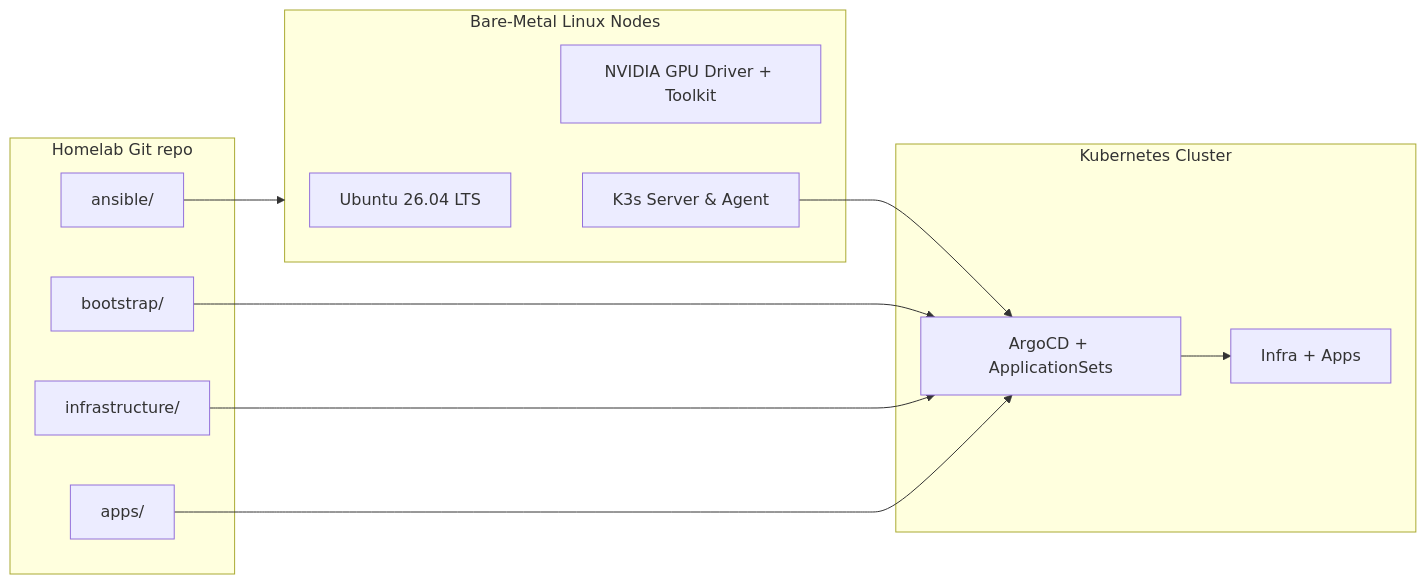
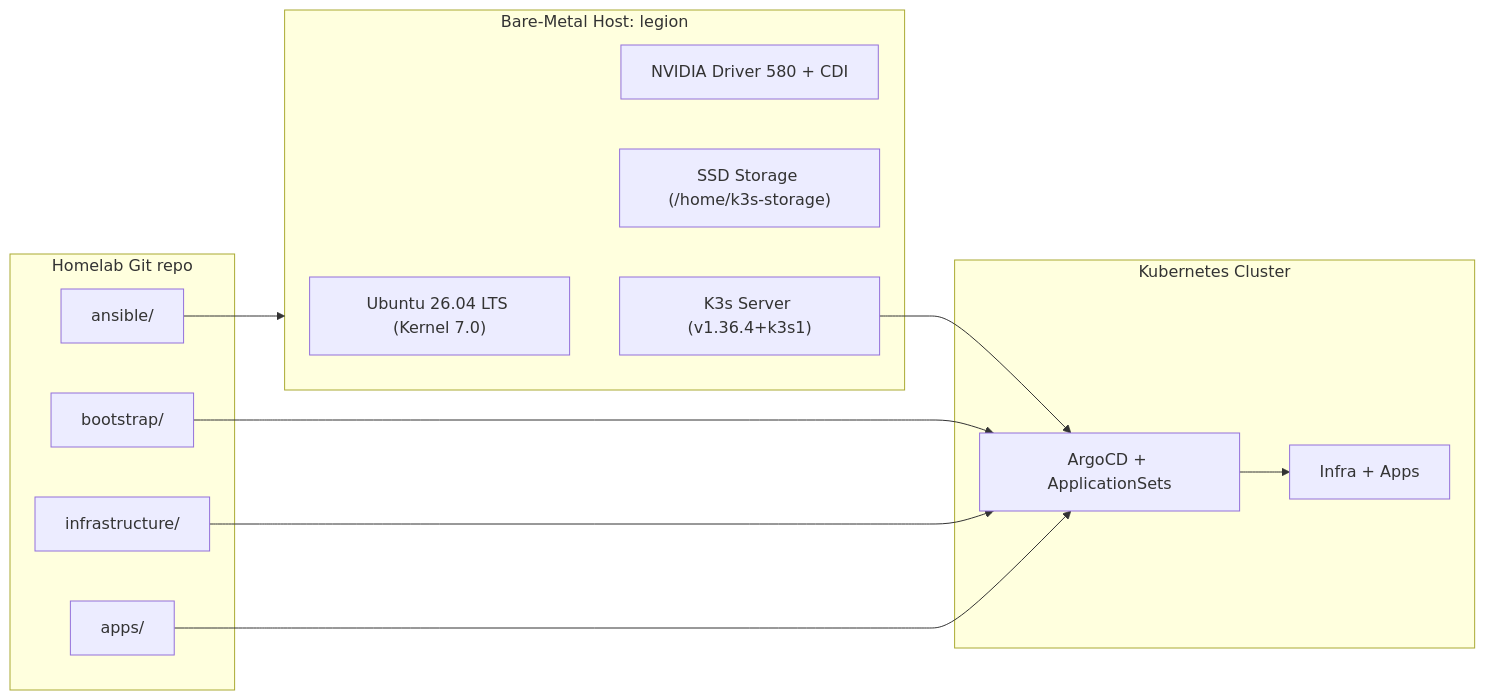
One commit to nsudhanva/homelab changed the first of 4 diagrams in README.md. Above: the diagram before and after it, drawn with Mermaid. The commit also changed other lines of this file and 40 other files, not shown here.

Commit message:
refactor: complete K3s bare-metal GitOps migration and docs alignment

````diff
--- a/README.md
+++ b/README.md
@@ -46,28 +49,29 @@
 ```mermaid
 flowchart LR
   subgraph Repo["Homelab Git repo"]
     Ansible["ansible/"]
     Bootstrap["bootstrap/"]
     Infra["infrastructure/"]
     Apps["apps/"]
   end
 
-  subgraph Host["Bare-Metal Linux Nodes"]
-    OS["Ubuntu 26.04 LTS"]
-    GPU["NVIDIA GPU Driver + Toolkit"]
-    K3s["K3s Server & Agent"]
+  subgraph Host["Bare-Metal Host: legion"]
+    OS["Ubuntu 26.04 LTS (Kernel 7.0)"]
+    GPU["NVIDIA Driver 580 + CDI"]
+    Storage["SSD Storage (/home/k3s-storage)"]
+    K3s["K3s Server (v1.36.4+k3s1)"]
   end
 
   subgraph Cluster["Kubernetes Cluster"]
     Argo["ArgoCD + ApplicationSets"]
     Workloads["Infra + Apps"]
   end
 
   Ansible --> Host
   Host --> K3s
   K3s --> Argo
   Bootstrap --> Argo
   Infra --> Argo
   Apps --> Argo
   Argo --> Workloads
 ```
````
